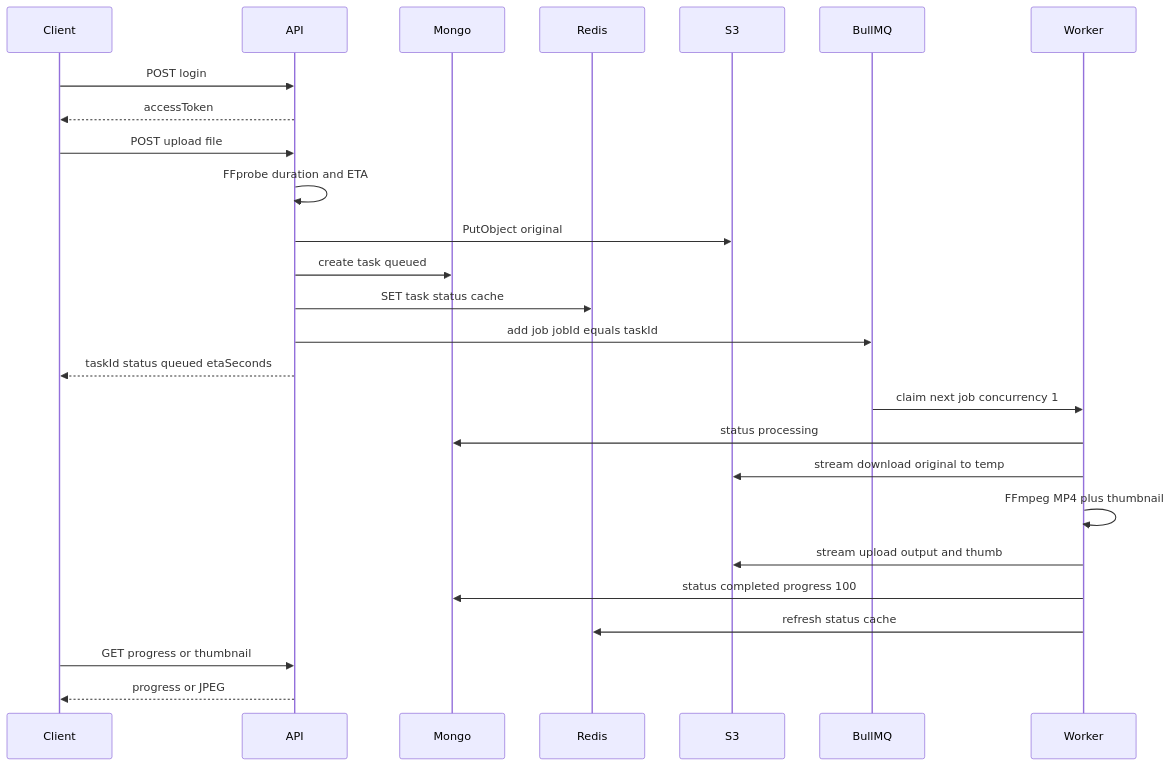
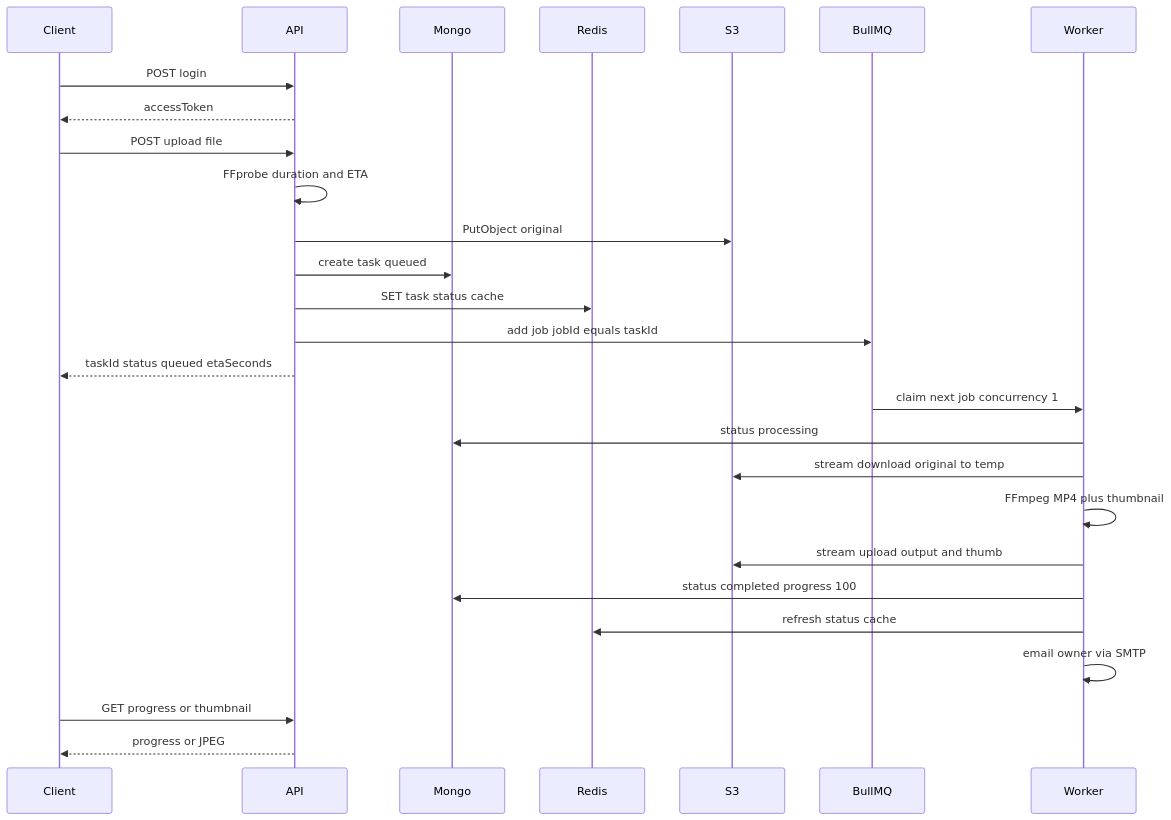
The second of 8 diagrams in README.md (Shivanshsri15/VideoProcessing), drawn with Mermaid before and after one commit. The commit also changed other lines of this file and 14 other files, not shown here.

````diff
--- a/README.md
+++ b/README.md
@@ -71,29 +76,30 @@
 ```mermaid
 sequenceDiagram
   participant C as Client
   participant A as API
   participant M as Mongo
   participant R as Redis
   participant S3 as S3
   participant Q as BullMQ
   participant W as Worker
 
   C->>A: POST login
   A-->>C: accessToken
   C->>A: POST upload file
   A->>A: FFprobe duration and ETA
   A->>S3: PutObject original
   A->>M: create task queued
   A->>R: SET task status cache
   A->>Q: add job jobId equals taskId
   A-->>C: taskId status queued etaSeconds
   Q->>W: claim next job concurrency 1
   W->>M: status processing
   W->>S3: stream download original to temp
   W->>W: FFmpeg MP4 plus thumbnail
   W->>S3: stream upload output and thumb
   W->>M: status completed progress 100
   W->>R: refresh status cache
+  W->>W: email owner via SMTP
   C->>A: GET progress or thumbnail
   A-->>C: progress or JPEG
 ```
````
